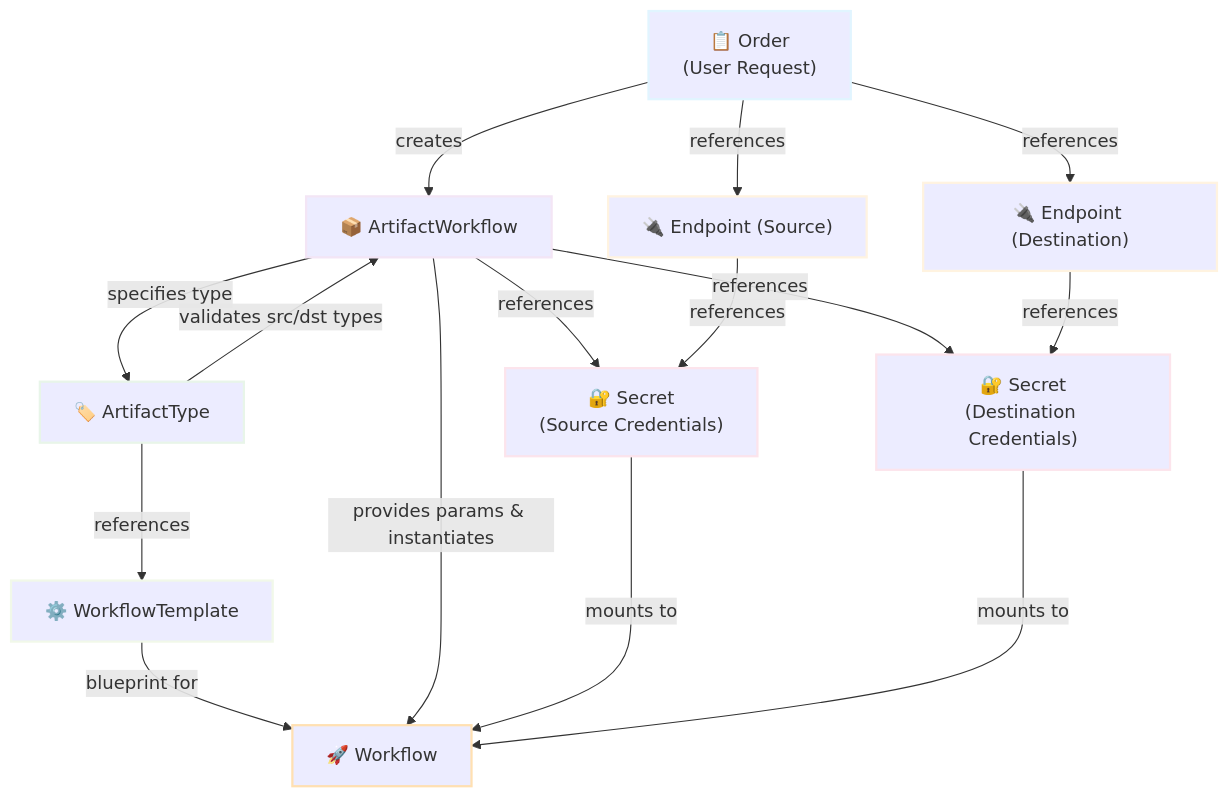
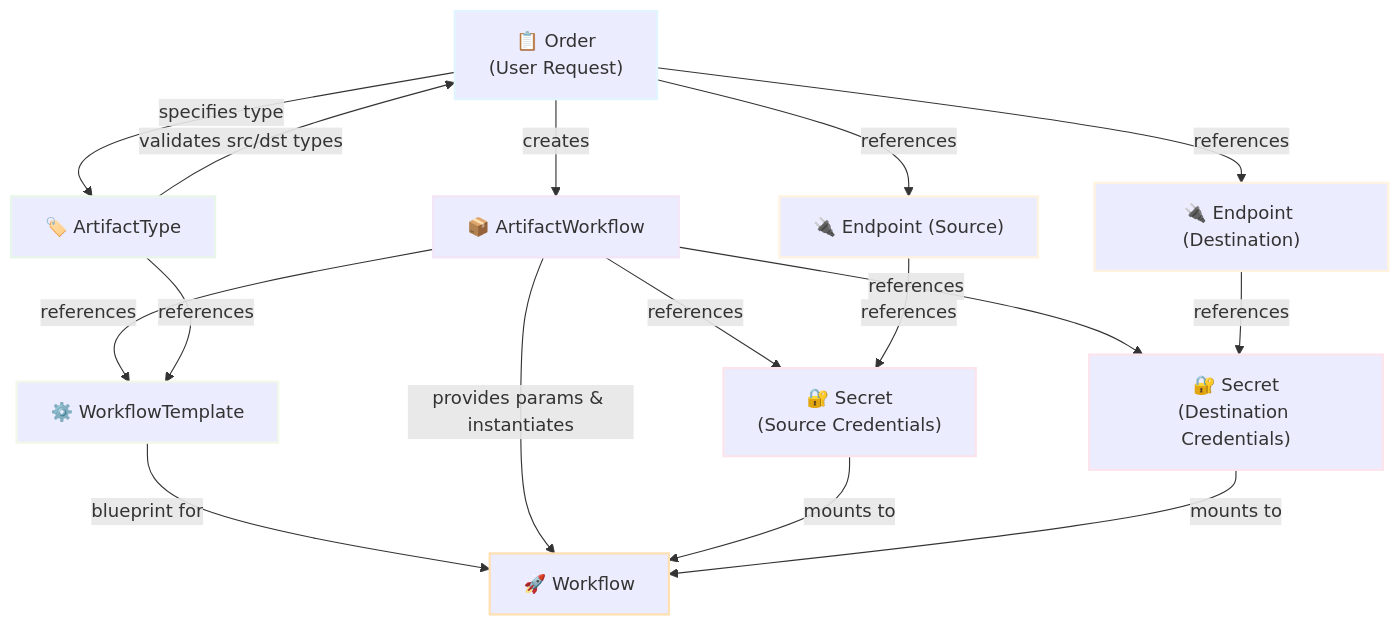
One commit to opendefensecloud/artifact-conduit changed the diagram in docs/operator-manual/workflow-config.md. Above: the diagram before and after it, drawn with Mermaid. The commit also changed other lines of this file and 4 other files, not shown here.

````diff
--- a/docs/operator-manual/workflow-config.md
+++ b/docs/operator-manual/workflow-config.md
@@ -14,40 +14,41 @@
 ```mermaid
 graph TB
     Order["📋 Order<br/>(User Request)"]
     ArtifactWorkflow["📦 ArtifactWorkflow"]
     ArtifactTypeDef["🏷️ ArtifactType"]
     SrcEndpoint["🔌 Endpoint (Source)"]
     DstEndpoint["🔌 Endpoint (Destination)"]
     SrcSecret["🔐 Secret<br/>(Source Credentials)"]
     DstSecret["🔐 Secret<br/>(Destination Credentials)"]
     WorkflowTemplate["⚙️ WorkflowTemplate"]
     Workflow["🚀 Workflow"]
 
     Order -->|creates| ArtifactWorkflow
     Order -->|references| SrcEndpoint
     Order -->|references| DstEndpoint
-    ArtifactWorkflow -->|specifies type| ArtifactTypeDef
+    Order -->|specifies type| ArtifactTypeDef
+    ArtifactWorkflow -->|references| WorkflowTemplate
     ArtifactWorkflow -->|references| SrcSecret
     ArtifactWorkflow -->|references| DstSecret
 
-    ArtifactTypeDef -->|validates src/dst types| ArtifactWorkflow
+    ArtifactTypeDef -->|validates src/dst types| Order
     ArtifactTypeDef -->|references| WorkflowTemplate
 
     SrcEndpoint -->|references| SrcSecret
     DstEndpoint -->|references| DstSecret
 
     WorkflowTemplate -->|blueprint for| Workflow
     ArtifactWorkflow -->|provides params & instantiates| Workflow
     SrcSecret -->|mounts to| Workflow
     DstSecret -->|mounts to| Workflow
 
     style Order stroke:#e1f5ff,stroke-width:2px
     style ArtifactWorkflow stroke:#f3e5f5,stroke-width:2px
     style ArtifactTypeDef stroke:#e8f5e9,stroke-width:2px
     style SrcEndpoint stroke:#fff3e0,stroke-width:2px
     style DstEndpoint stroke:#fff3e0,stroke-width:2px
     style SrcSecret stroke:#fce4ec,stroke-width:2px
     style DstSecret stroke:#fce4ec,stroke-width:2px
     style WorkflowTemplate stroke:#f1f8e9,stroke-width:2px
     style Workflow stroke:#ffe0b2,stroke-width:2px
 ```
````
